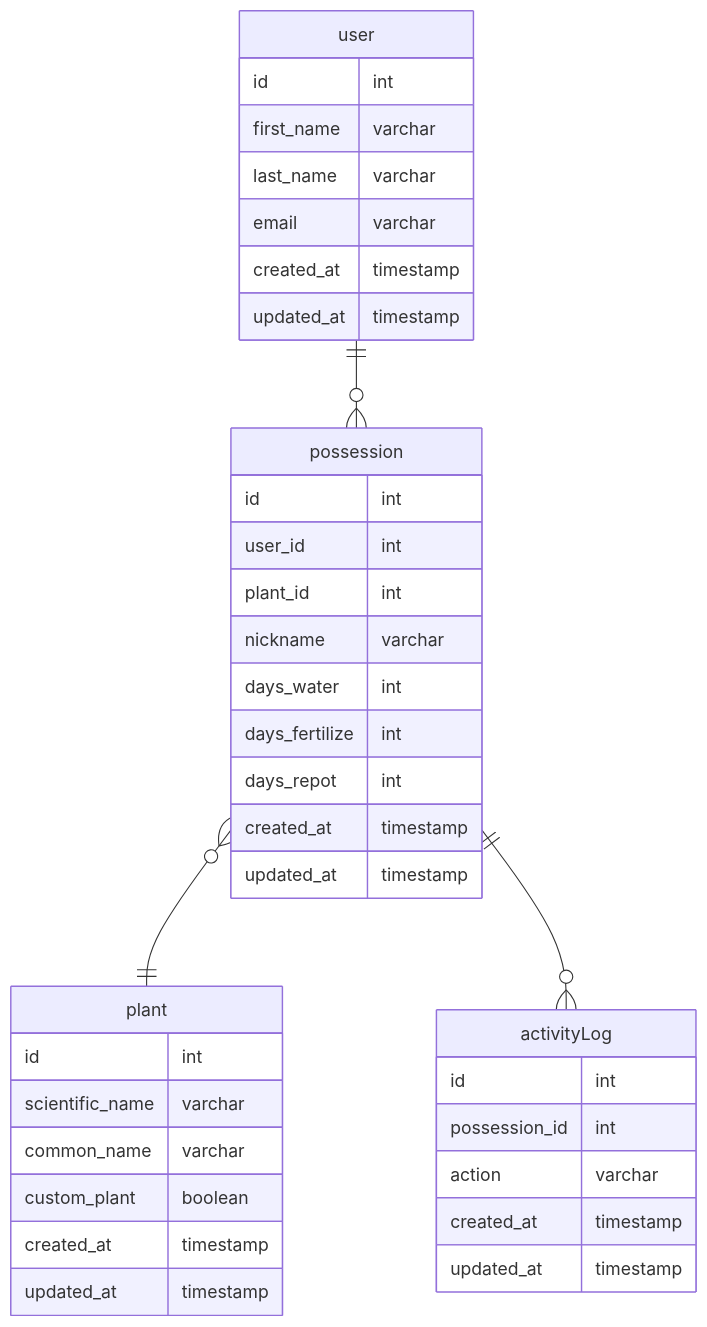
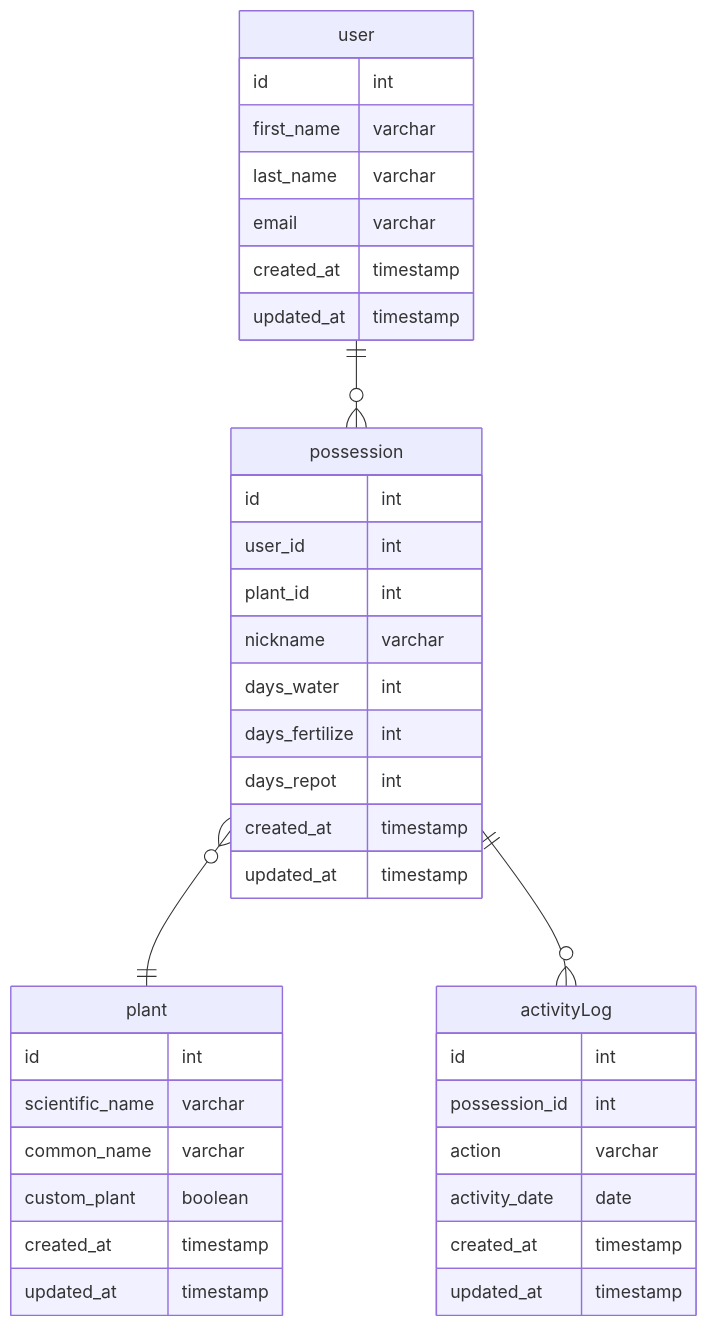
Before and after one commit to michael-lok/sprout: the diagram in docs/brainstorm.md, drawn with Mermaid. The commit also changed other lines of this file, not shown here.

````diff
--- a/docs/brainstorm.md
+++ b/docs/brainstorm.md
@@ -26,46 +32,47 @@
 ```mermaid
 erDiagram
 
 user {
     id int
     first_name varchar
     last_name varchar
     email varchar
     created_at timestamp
     updated_at timestamp
 }
 
 plant {
     id int
     scientific_name varchar
     common_name varchar
     custom_plant boolean
     created_at timestamp
     updated_at timestamp
 }
 
 possession {
     id int
     user_id int
     plant_id int
     nickname varchar
     days_water int
     days_fertilize int
     days_repot int
     created_at timestamp
     updated_at timestamp
 }
 
 activityLog {
     id int
     possession_id int
     action varchar
+    activity_date date
     created_at timestamp
     updated_at timestamp
 }
 
 
 user ||--o{ possession : ""
 possession }o--|| plant : ""
 possession ||--o{ activityLog : ""
 ```
````
